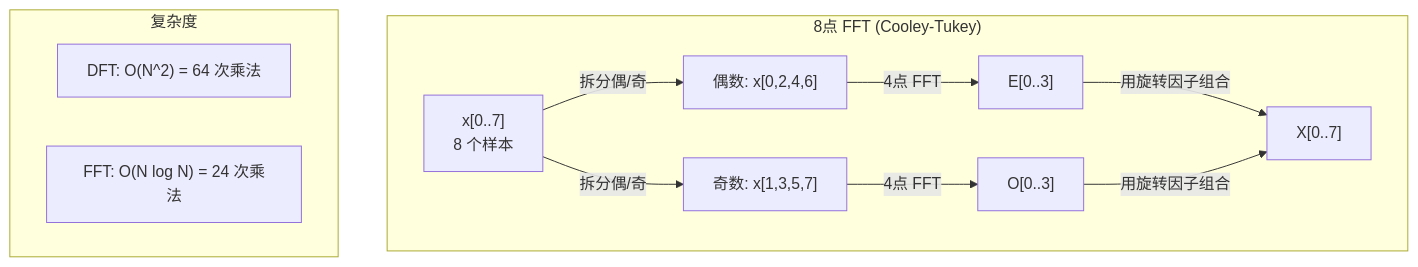
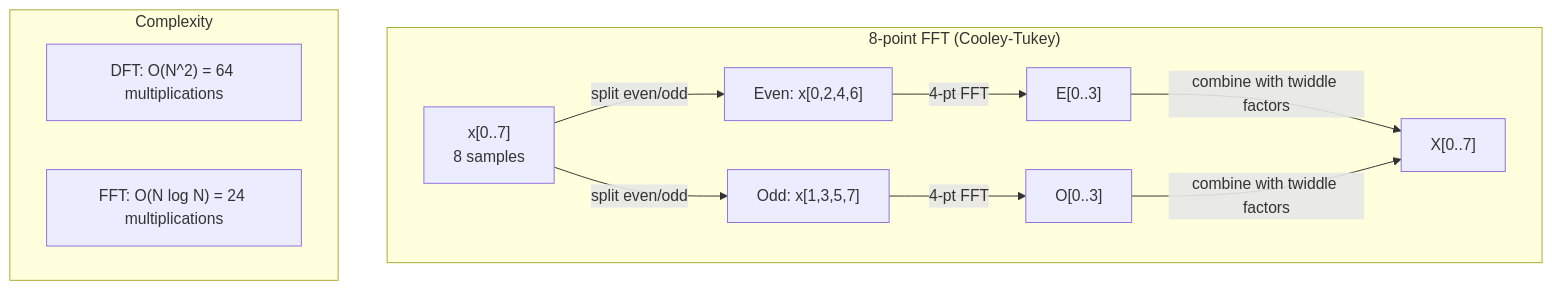
The first of 2 diagrams in i18n/zh/phases/01-math-foundations/20-fourier-transform/docs/zh.md (xiaojiaenen/ai-engineering-from-scratch-zh), drawn with Mermaid before and after one commit. The commit also changed other lines of this file and 22 other files, not shown here.

````diff
--- a/i18n/zh/phases/01-math-foundations/20-fourier-transform/docs/zh.md
+++ b/i18n/zh/phases/01-math-foundations/20-fourier-transform/docs/zh.md
@@ -93,15 +93,15 @@
 ```mermaid
 graph TD
-    subgraph "8点 FFT (Cooley-Tukey)"
-        X["x[0..7]<br/>8 个样本"] -->|"拆分偶/奇"| E["偶数: x[0,2,4,6]"]
-        X -->|"拆分偶/奇"| O["奇数: x[1,3,5,7]"]
-        E -->|"4点 FFT"| EK["E[0..3]"]
-        O -->|"4点 FFT"| OK["O[0..3]"]
-        EK -->|"用旋转因子组合"| XK["X[0..7]"]
-        OK -->|"用旋转因子组合"| XK
+    subgraph "8-point FFT (Cooley-Tukey)"
+        X["x[0..7]<br/>8 samples"] -->|"split even/odd"| E["Even: x[0,2,4,6]"]
+        X -->|"split even/odd"| O["Odd: x[1,3,5,7]"]
+        E -->|"4-pt FFT"| EK["E[0..3]"]
+        O -->|"4-pt FFT"| OK["O[0..3]"]
+        EK -->|"combine with twiddle factors"| XK["X[0..7]"]
+        OK -->|"combine with twiddle factors"| XK
     end
-    subgraph "复杂度"
-        C1["DFT: O(N^2) = 64 次乘法"]
-        C2["FFT: O(N log N) = 24 次乘法"]
+    subgraph "Complexity"
+        C1["DFT: O(N^2) = 64 multiplications"]
+        C2["FFT: O(N log N) = 24 multiplications"]
     end
 ```
````
